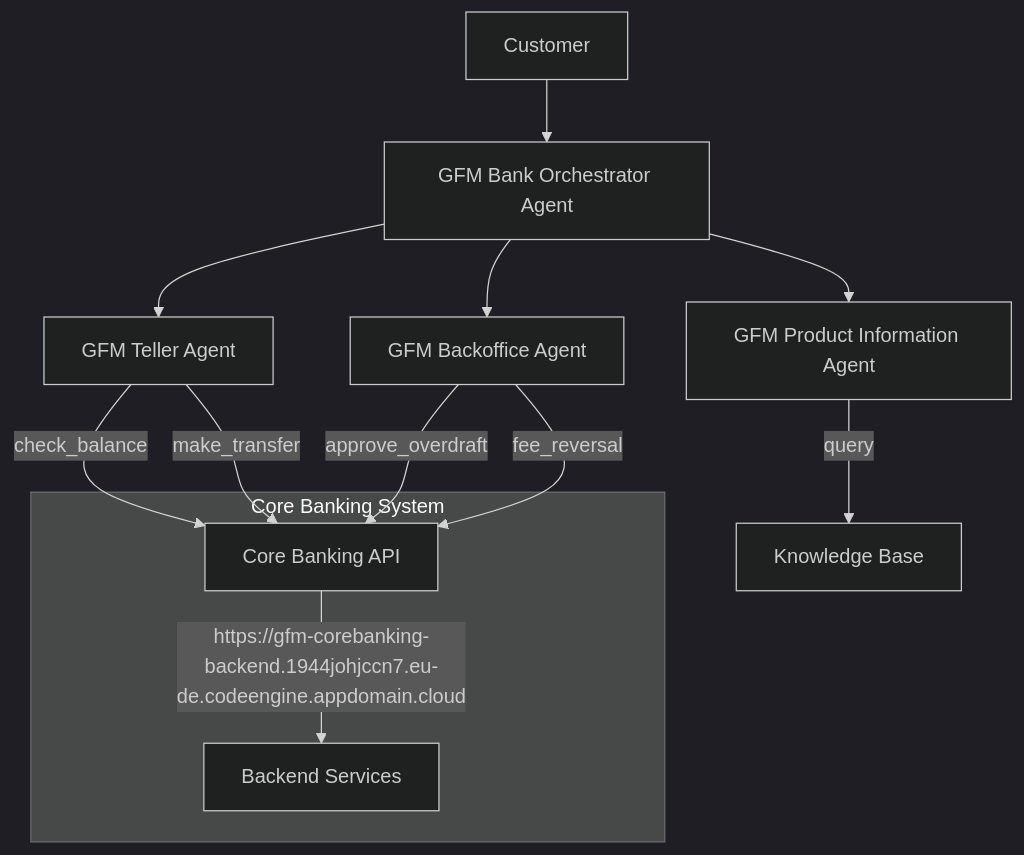
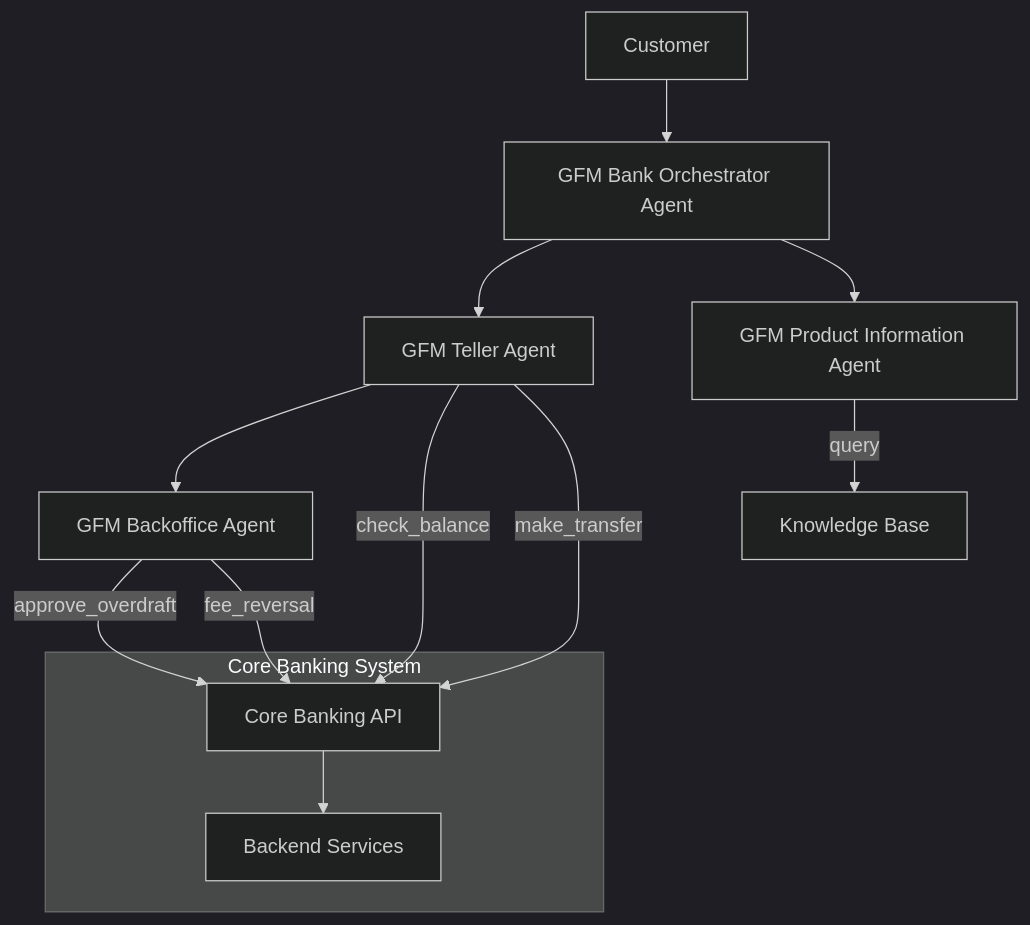
One commit to djhunt-ibm/agentic-ai-client-bootcamp changed the second of 2 diagrams in usecases/banking-backoffice/assets/hands_on_lab_banking_automation.md. Above: the diagram before and after it, drawn with Mermaid (dark theme). The commit also changed other lines of this file, not shown here.

````diff
--- a/usecases/banking-backoffice/assets/hands_on_lab_banking_automation.md
+++ b/usecases/banking-backoffice/assets/hands_on_lab_banking_automation.md
@@ -98,17 +98,17 @@
 ```mermaid
 graph TD
     Customer[Customer] --> Orchestrator[GFM Bank Orchestrator Agent]
     Orchestrator --> Teller[GFM Teller Agent]
-    Orchestrator --> Backoffice[GFM Backoffice Agent]
     Orchestrator --> ProductInfo[GFM Product Information Agent]
-    
+
+    Teller --> Backoffice[GFM Backoffice Agent]
     Teller --> |check_balance| API[Core Banking API]
     Teller --> |make_transfer| API
     Backoffice --> |approve_overdraft| API
     Backoffice --> |fee_reversal| API
     ProductInfo --> |query| Knowledge[Knowledge Base]
     
     subgraph "Core Banking System"
-        API --> |https://gfm-corebanking-backend.1944johjccn7.eu-de.codeengine.appdomain.cloud|Backend[Backend Services]
+        API --> Backend[Backend Services]
     end
 ```
````
